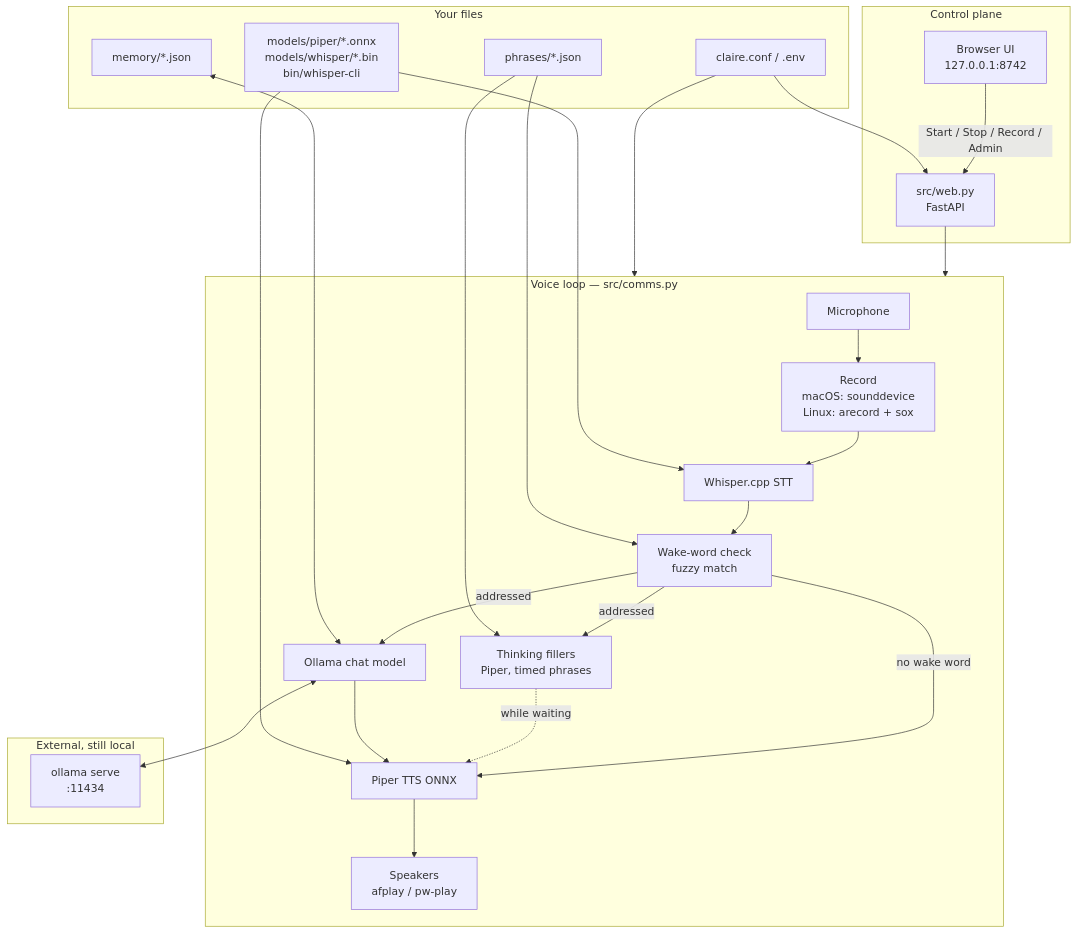
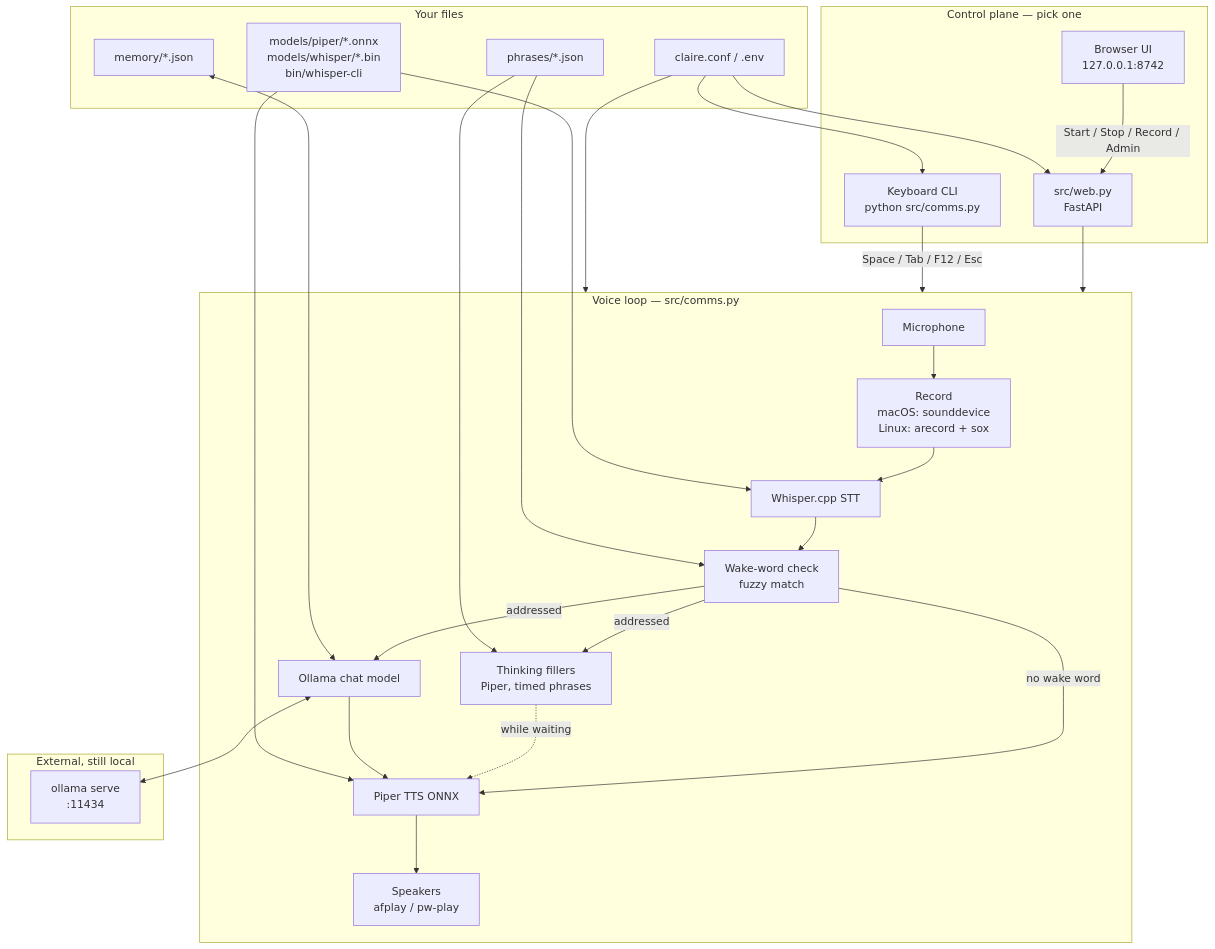
The diagram in README.md (psantiago-3151/CLAIRE), drawn with Mermaid before and after one commit. The commit also changed other lines of this file, not shown here.

Commit message:
Show the keyboard CLI on the architecture diagram.
Web UI and python src/comms.py are alternate control planes for the same voice loop and claire.conf.

````diff
--- a/README.md
+++ b/README.md
@@ -26,46 +26,49 @@
 ```mermaid
 flowchart TB
-  subgraph ui [Control plane]
+  subgraph ui [Control plane — pick one]
     Browser["Browser UI\n127.0.0.1:8742"]
     Web["src/web.py\nFastAPI"]
+    CLI["Keyboard CLI\npython src/comms.py"]
     Browser -->|Start / Stop / Record / Admin| Web
   end
 
   subgraph conf [Your files]
     Conf["claire.conf / .env"]
     Phrases["phrases/*.json"]
     Memory["memory/*.json"]
     Models["models/piper/*.onnx\nmodels/whisper/*.bin\nbin/whisper-cli"]
   end
 
   subgraph loop [Voice loop — src/comms.py]
     Mic["Microphone"]
     Rec["Record\nmacOS: sounddevice\nLinux: arecord + sox"]
     STT["Whisper.cpp STT"]
     Wake["Wake-word check\nfuzzy match"]
     Fill["Thinking fillers\nPiper, timed phrases"]
     LLM["Ollama chat model"]
     TTS["Piper TTS ONNX"]
     Spk["Speakers\nafplay / pw-play"]
     Mic --> Rec --> STT --> Wake
     Wake -->|no wake word| TTS
     Wake -->|addressed| Fill
     Fill -.->|while waiting| TTS
     Wake -->|addressed| LLM
     LLM --> TTS --> Spk
     Memory <--> LLM
   end
 
   Web --> loop
+  CLI -->|Space / Tab / F12 / Esc| loop
   Conf --> Web
+  Conf --> CLI
   Conf --> loop
   Phrases --> Fill
   Phrases --> Wake
   Models --> STT
   Models --> TTS
 
   subgraph ext [External, still local]
     Ollama["ollama serve\n:11434"]
   end
   LLM <--> Ollama
 ```
````
